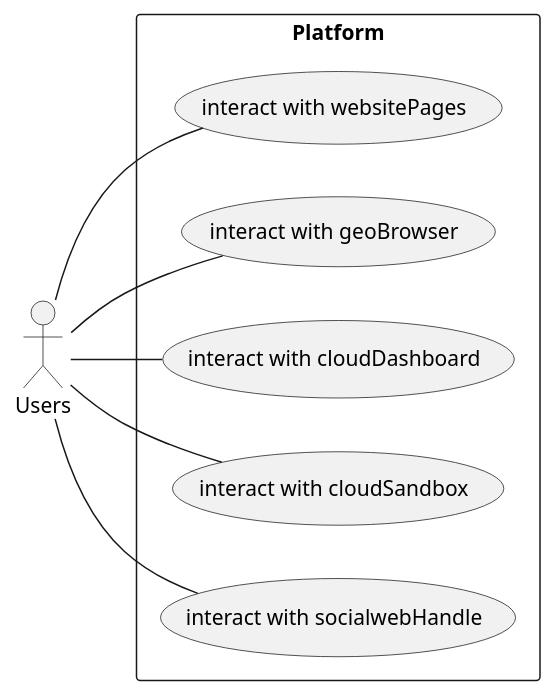
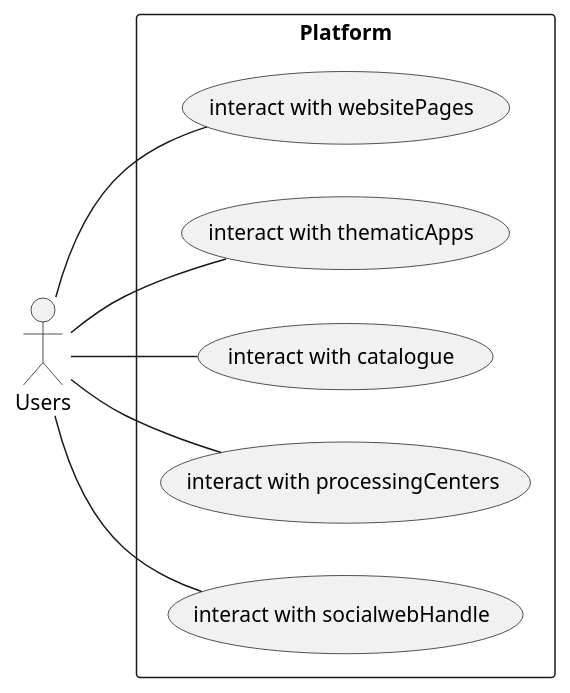
Before and after one commit to urban-tep/DDF-SDD: the diagram in source/overview/interactions.rst, drawn with PlantUML. The commit also changed other lines of this file and 19 other files, not shown here.

```diff
--- a/source/overview/interactions.rst
+++ b/source/overview/interactions.rst
@@ -26,12 +26,12 @@
 .. uml::
 
   left to right direction
   skinparam packageStyle rect
   actor Users
   rectangle Platform {
     Users -- (interact with websitePages)
-    Users -- (interact with geoBrowser)
-    Users -- (interact with cloudDashboard)
-    Users -- (interact with cloudSandbox)
+    Users -- (interact with thematicApps)
+    Users -- (interact with catalogue)
+    Users -- (interact with processingCenters)
     Users -- (interact with socialwebHandle)
   }
```
